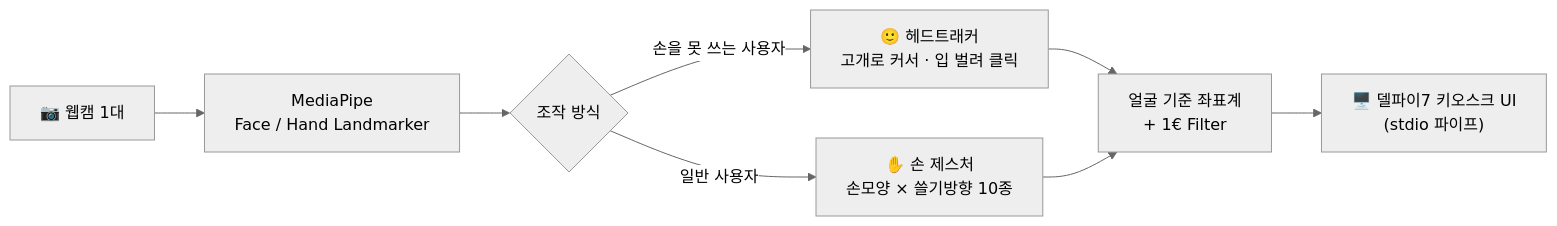
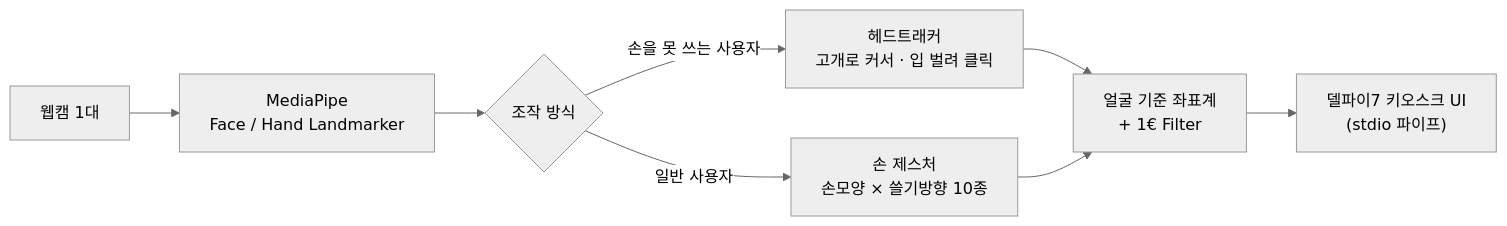
The first of 2 diagrams in 2026/01. 광명테크 인턴 - 배리어프리 키오스크/README.md (kakabab12/My_portfolio), drawn with Mermaid (neutral theme) before and after one commit. The commit also changed other lines of this file and 13 other files, not shown here.

````diff
--- a/2026/01. 광명테크 인턴 - 배리어프리 키오스크/README.md
+++ b/2026/01. 광명테크 인턴 - 배리어프리 키오스크/README.md
@@ -20,10 +21,10 @@
 ```mermaid
 flowchart LR
-    A["📷 웹캠 1대"] --> B["MediaPipe<br/>Face / Hand Landmarker"]
+    A["웹캠 1대"] --> B["MediaPipe<br/>Face / Hand Landmarker"]
     B --> C{"조작 방식"}
-    C -->|"손을 못 쓰는 사용자"| D["🙂 헤드트래커<br/>고개로 커서 · 입 벌려 클릭"]
-    C -->|"일반 사용자"| E["✋ 손 제스처<br/>손모양 × 쓸기방향 10종"]
+    C -->|"손을 못 쓰는 사용자"| D["헤드트래커<br/>고개로 커서 · 입 벌려 클릭"]
+    C -->|"일반 사용자"| E["손 제스처<br/>손모양 × 쓸기방향 10종"]
     D --> F["얼굴 기준 좌표계<br/>+ 1€ Filter"]
     E --> F
-    F --> G["🖥️ 델파이7 키오스크 UI<br/>(stdio 파이프)"]
+    F --> G["델파이7 키오스크 UI<br/>(stdio 파이프)"]
 ```
````
